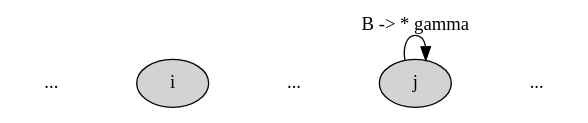
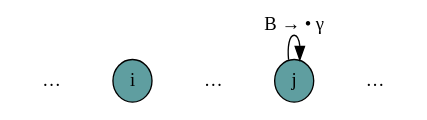
Before and after one commit to nltk/nltk_book: the diagram in images/chart_td_expand2.dot, drawn with Graphviz. The commit also changed 22 other files, not shown here.

```diff
--- a/images/chart_td_expand2.dot
+++ b/images/chart_td_expand2.dot
@@ -1,25 +1,27 @@
 digraph x {
    rankdir=LR;
+   ranksep=0.25;
    
    /* The nodes */
    {
-       node [style=filled, color=black, fillcolor=lightgray];
+       node [style=filled,height=0.1,width=0.1,fillcolor=cadetblue];
        1 [label="i"];
        2 [label="j"];
    }
 
    /* The sentence */
    {
        edge [style=invis, weight=100];
        node [shape=plaintext];
        dots1->1->dots2->2->dots3;
-       dots1 [label="..."];
-       dots2 [label="..."];
-       dots3 [label="..."];
+       dots1 [label="&hellip;"];
+       dots2 [label="&hellip;"];
+       dots3 [label="&hellip;"];
    }
    
    /* Edges */
    {
-       2->2 [label="B -> * gamma"];
+       edge [fontname=LucidaGrande];
+       2->2 [label="B &rarr; &bull; &gamma;"];
    }
 }
```
